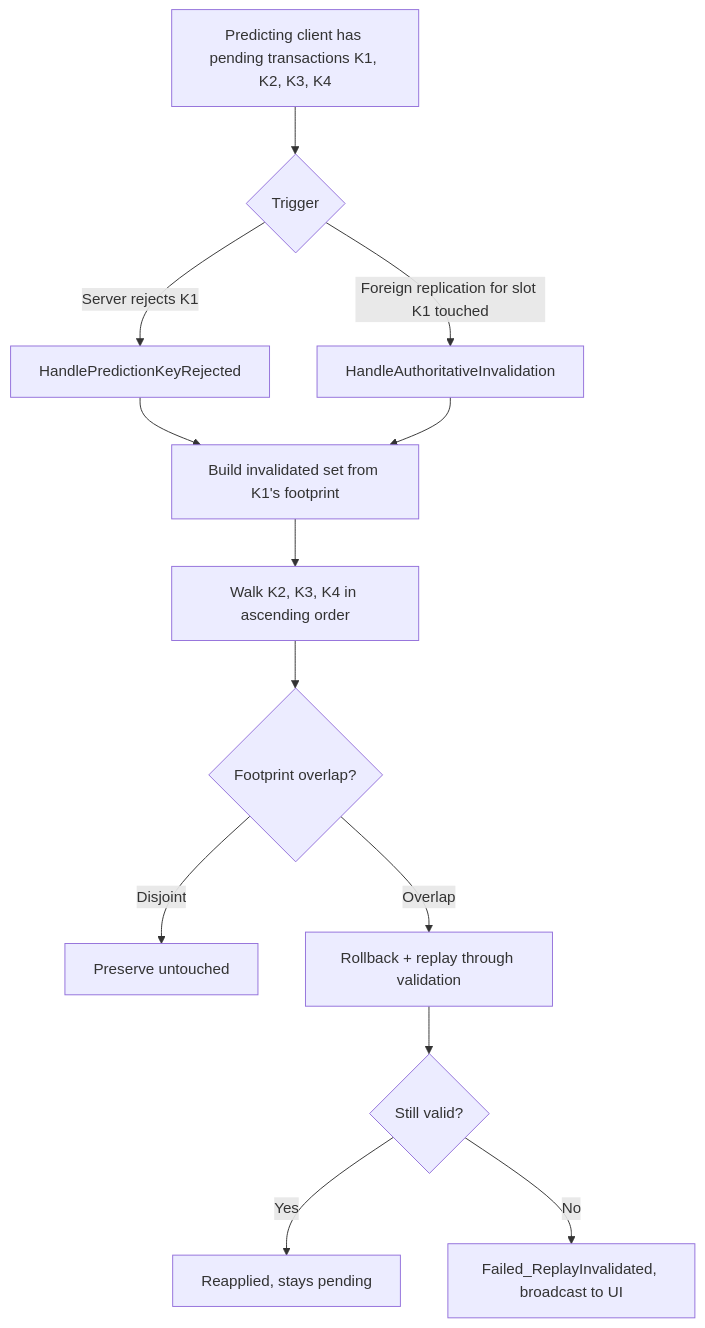
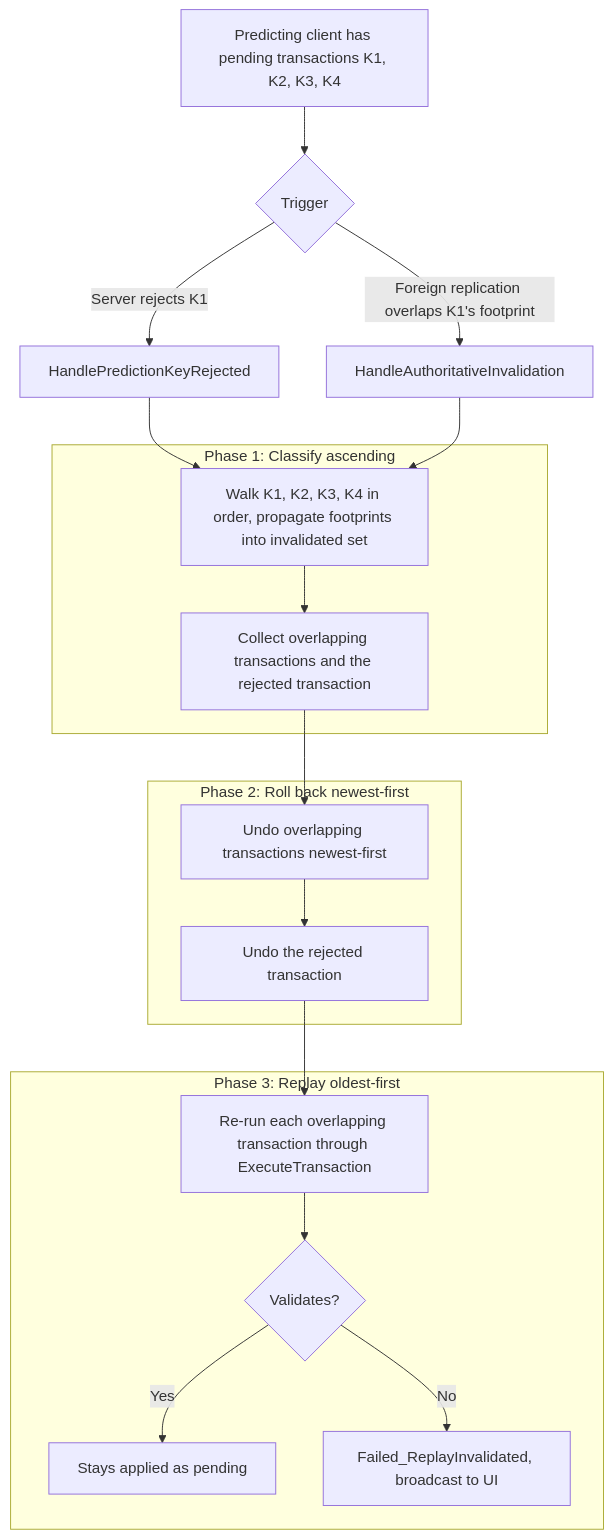
One commit to outliyr/outliyr-docs changed the diagram in outliyr-framework/docs/base-lyra-modified/item-container/transactions/rollback-and-replay.md. Above: the diagram before and after it, drawn with Mermaid. The commit also changed other lines of this file and 2 other files, not shown here.

````diff
--- a/outliyr-framework/docs/base-lyra-modified/item-container/transactions/rollback-and-replay.md
+++ b/outliyr-framework/docs/base-lyra-modified/item-container/transactions/rollback-and-replay.md
@@ -39,15 +39,21 @@
 ```mermaid
 flowchart TD
     A[Predicting client has pending transactions K1, K2, K3, K4] --> B{Trigger}
     B -->|Server rejects K1| C[HandlePredictionKeyRejected]
-    B -->|Foreign replication for slot K1 touched| D[HandleAuthoritativeInvalidation]
-    C --> E[Build invalidated set from K1's footprint]
-    D --> E
-    E --> F[Walk K2, K3, K4 in ascending order]
-    F --> G{Footprint overlap?}
-    G -->|Disjoint| H[Preserve untouched]
-    G -->|Overlap| I[Rollback + replay through validation]
-    I --> J{Still valid?}
-    J -->|Yes| K[Reapplied, stays pending]
-    J -->|No| L[Failed_ReplayInvalidated, broadcast to UI]
+    B -->|Foreign replication overlaps K1's footprint| D[HandleAuthoritativeInvalidation]
+    C --> E1
+    D --> E1
+    subgraph Phase1[Phase 1: Classify ascending]
+        E1[Walk K1, K2, K3, K4 in order, propagate footprints into invalidated set] --> E2[Collect overlapping transactions and the rejected transaction]
+    end
+    E2 --> F1
+    subgraph Phase2[Phase 2: Roll back newest-first]
+        F1[Undo overlapping transactions newest-first] --> F2[Undo the rejected transaction]
+    end
+    F2 --> G1
+    subgraph Phase3[Phase 3: Replay oldest-first]
+        G1[Re-run each overlapping transaction through ExecuteTransaction] --> G2{Validates?}
+        G2 -->|Yes| G3[Stays applied as pending]
+        G2 -->|No| G4[Failed_ReplayInvalidated, broadcast to UI]
+    end
 ```
````
